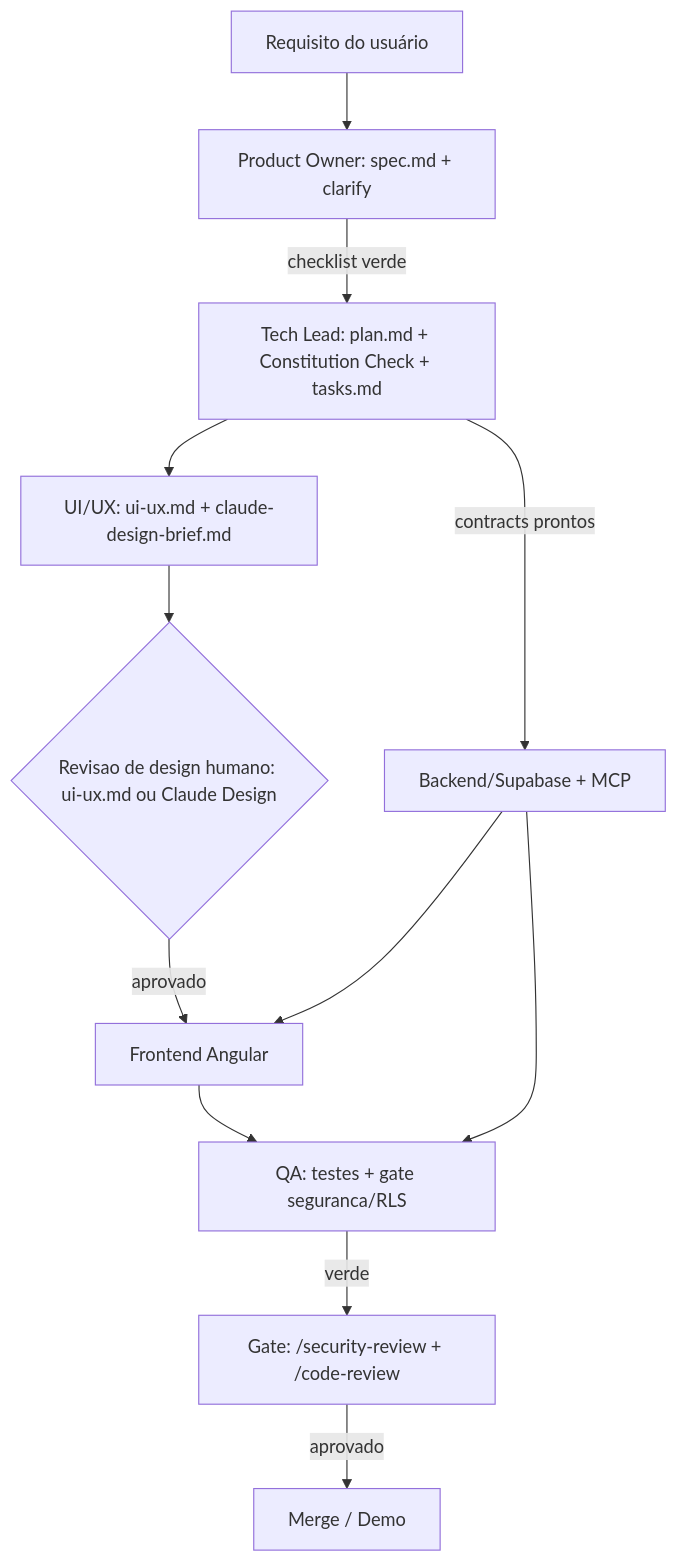
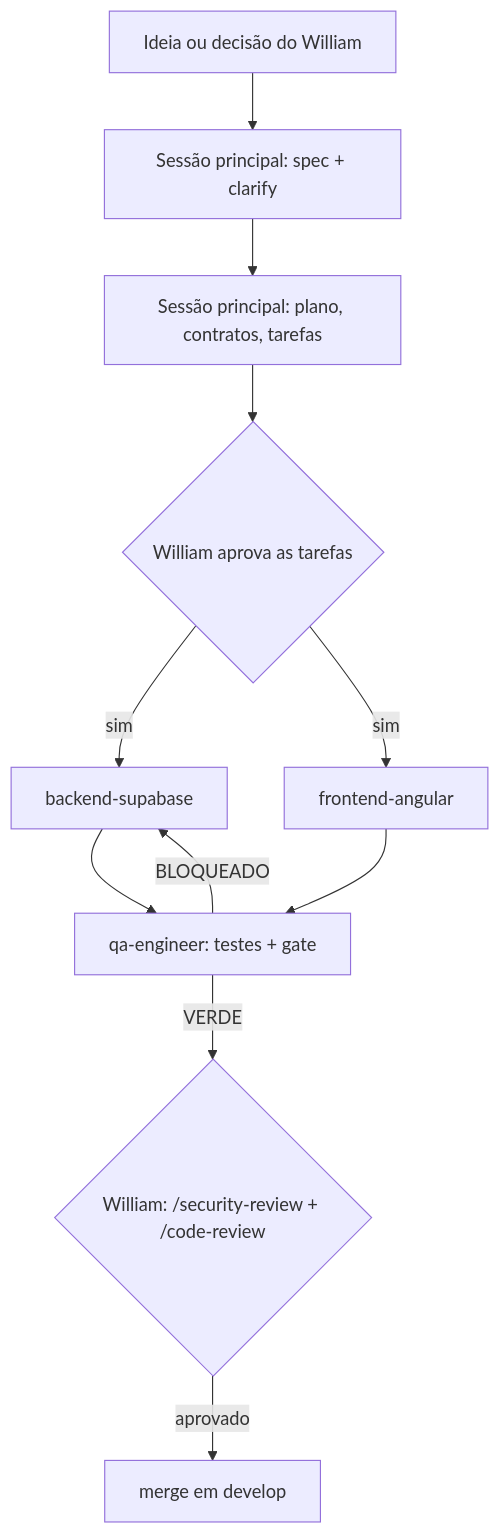
The diagram in docs/dev-pipeline.md (william-menezes/pet-app), drawn with Mermaid before and after one commit. The commit also changed other lines of this file and 316 other files, not shown here.

````diff
--- a/docs/dev-pipeline.md
+++ b/docs/dev-pipeline.md
@@ -24,14 +23,13 @@
 ```mermaid
 flowchart TD
-    A[Requisito do usuário] --> PO[Product Owner: spec.md + clarify]
-    PO -->|checklist verde| TL[Tech Lead: plan.md + Constitution Check + tasks.md]
-    TL --> UX[UI/UX: ui-ux.md + claude-design-brief.md]
-    TL -->|contracts prontos| BE[Backend/Supabase + MCP]
-    UX --> DR{Revisao de design humano: ui-ux.md ou Claude Design}
-    DR -->|aprovado| FE[Frontend Angular]
-    BE --> FE
-    BE --> QA[QA: testes + gate seguranca/RLS]
+    A[Ideia ou decisão do William] --> S[Sessão principal: spec + clarify]
+    S --> P[Sessão principal: plano, contratos, tarefas]
+    P --> G1{William aprova as tarefas}
+    G1 -->|sim| BE[backend-supabase]
+    G1 -->|sim| FE[frontend-angular]
+    BE --> QA[qa-engineer: testes + gate]
     FE --> QA
-    QA -->|verde| REV[Gate: /security-review + /code-review]
-    REV -->|aprovado| M[Merge / Demo]
+    QA -->|VERDE| G2{William: /security-review + /code-review}
+    QA -->|BLOQUEADO| BE
+    G2 -->|aprovado| M[merge em develop]
 ```
````
